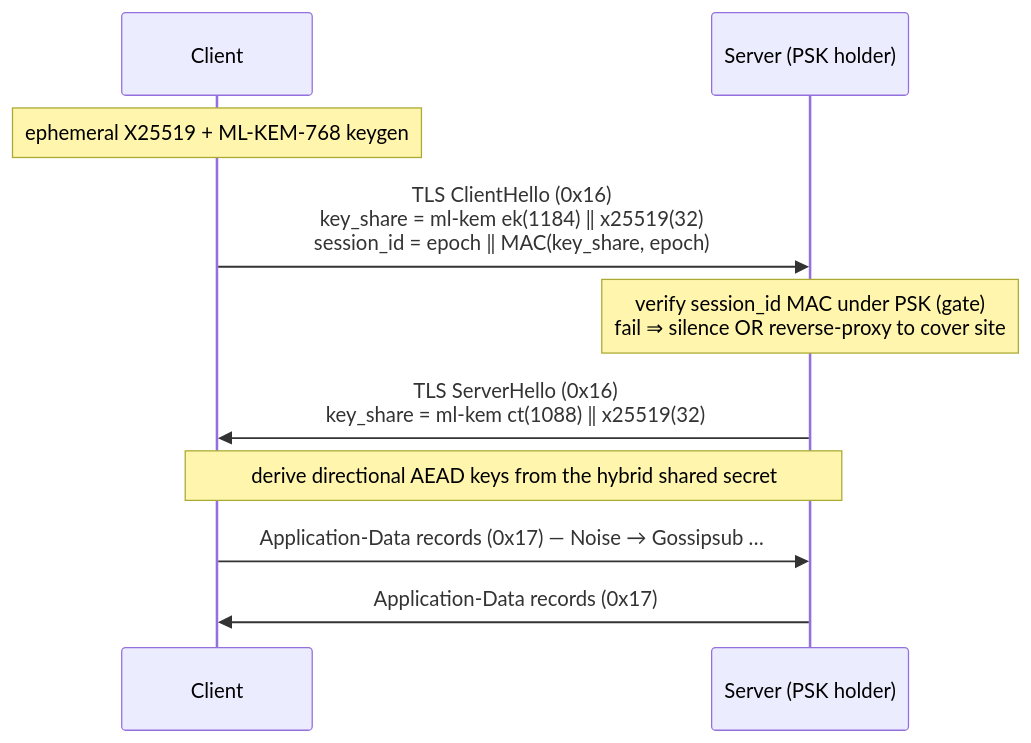
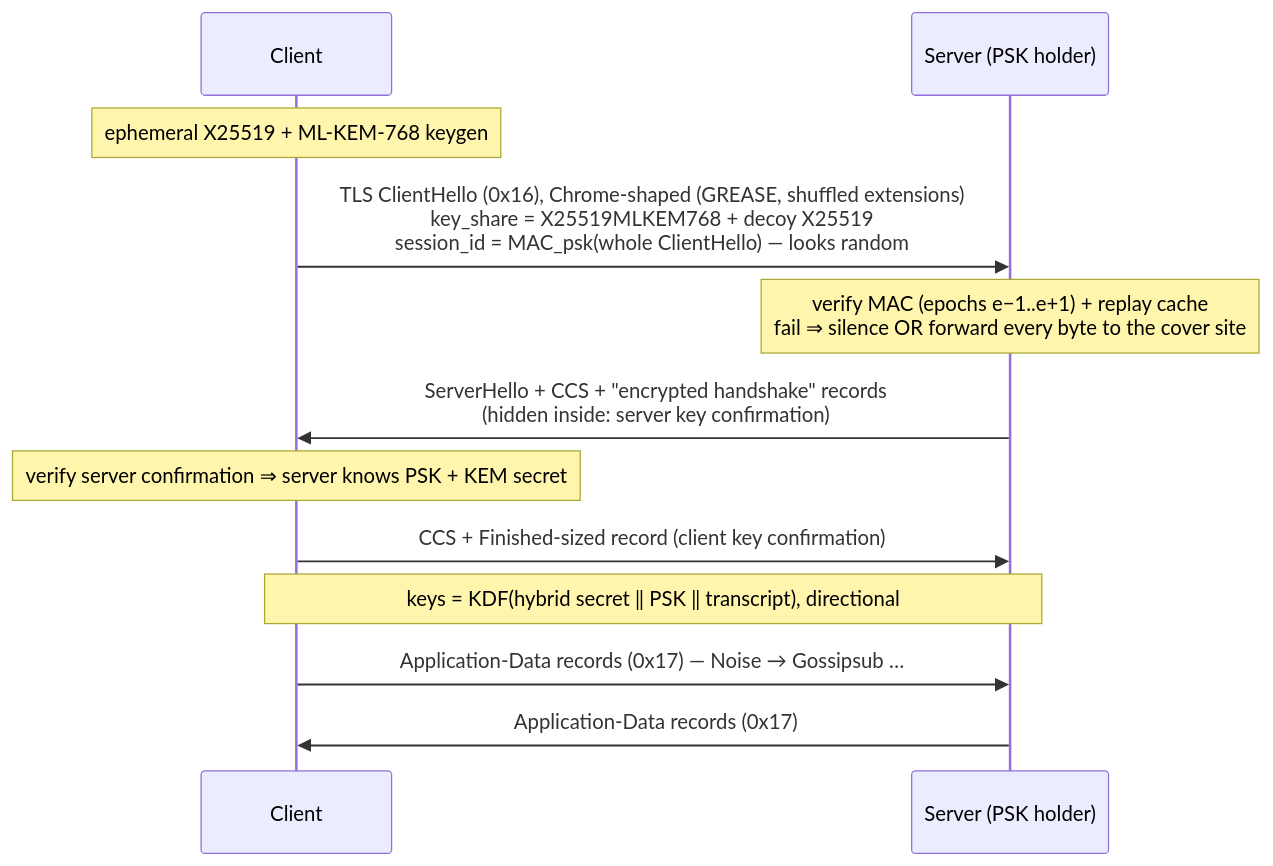
The second of 2 diagrams in README.md (AlexMelanFromRingo/uber-mesh), drawn with Mermaid before and after one commit. The commit also changed other lines of this file and 9 other files, not shown here.

````diff
--- a/README.md
+++ b/README.md
@@ -86,12 +86,14 @@
 ```mermaid
 sequenceDiagram
     participant C as Client
     participant S as Server (PSK holder)
     Note over C: ephemeral X25519 + ML-KEM-768 keygen
-    C->>S: TLS ClientHello (0x16)<br/>key_share = ml-kem ek(1184) ‖ x25519(32)<br/>session_id = epoch ‖ MAC(key_share, epoch)
-    Note over S: verify session_id MAC under PSK (gate)<br/>fail ⇒ silence OR reverse-proxy to cover site
-    S->>C: TLS ServerHello (0x16)<br/>key_share = ml-kem ct(1088) ‖ x25519(32)
-    Note over C,S: derive directional AEAD keys from the hybrid shared secret
+    C->>S: TLS ClientHello (0x16), Chrome-shaped (GREASE, shuffled extensions)<br/>key_share = X25519MLKEM768 + decoy X25519<br/>session_id = MAC_psk(whole ClientHello) — looks random
+    Note over S: verify MAC (epochs e−1..e+1) + replay cache<br/>fail ⇒ silence OR forward every byte to the cover site
+    S->>C: ServerHello + CCS + "encrypted handshake" records<br/>(hidden inside: server key confirmation)
+    Note over C: verify server confirmation ⇒ server knows PSK + KEM secret
+    C->>S: CCS + Finished-sized record (client key confirmation)
+    Note over C,S: keys = KDF(hybrid secret ‖ PSK ‖ transcript), directional
     C->>S: Application-Data records (0x17) — Noise → Gossipsub …
     S->>C: Application-Data records (0x17)
 ```
````
